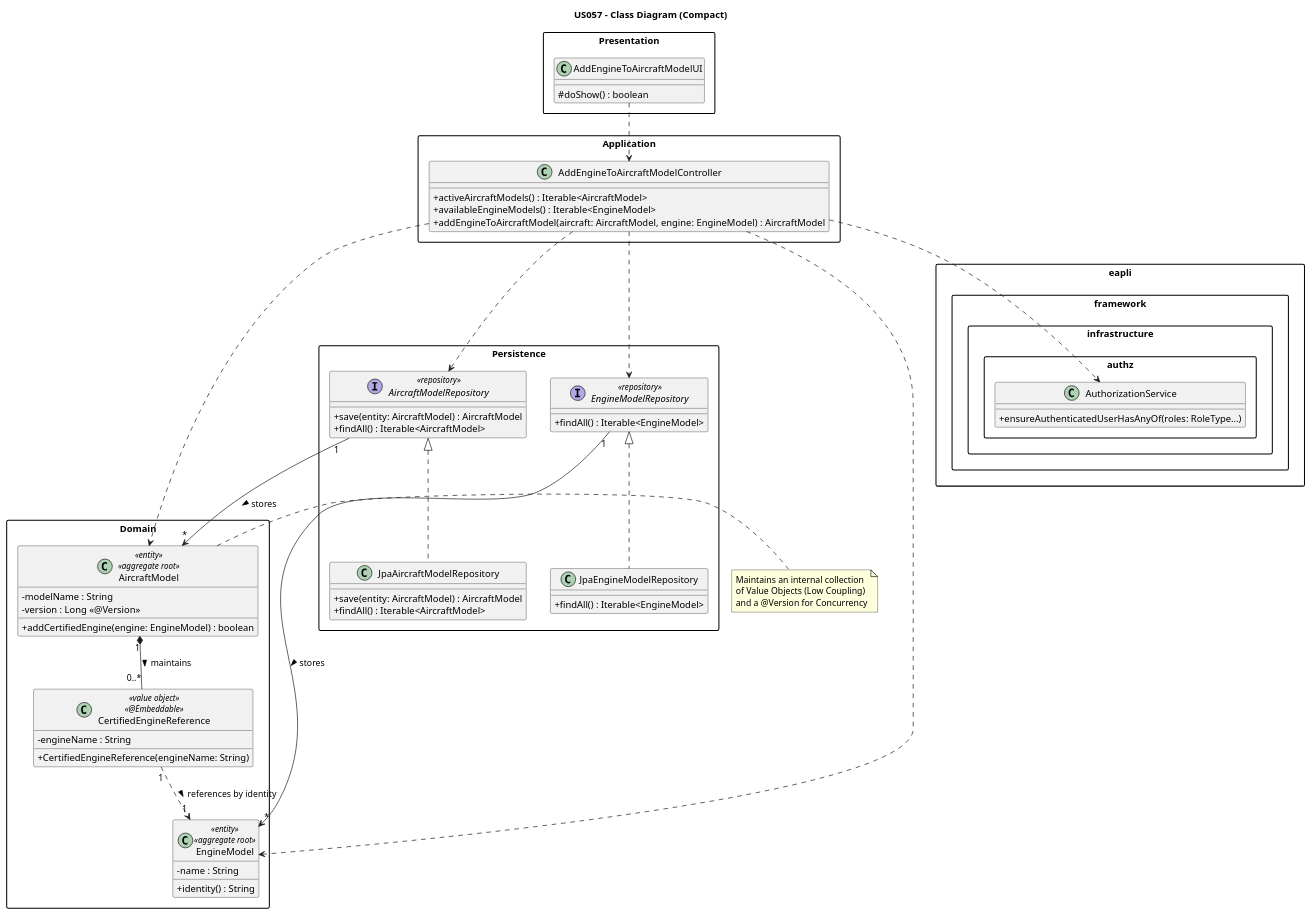
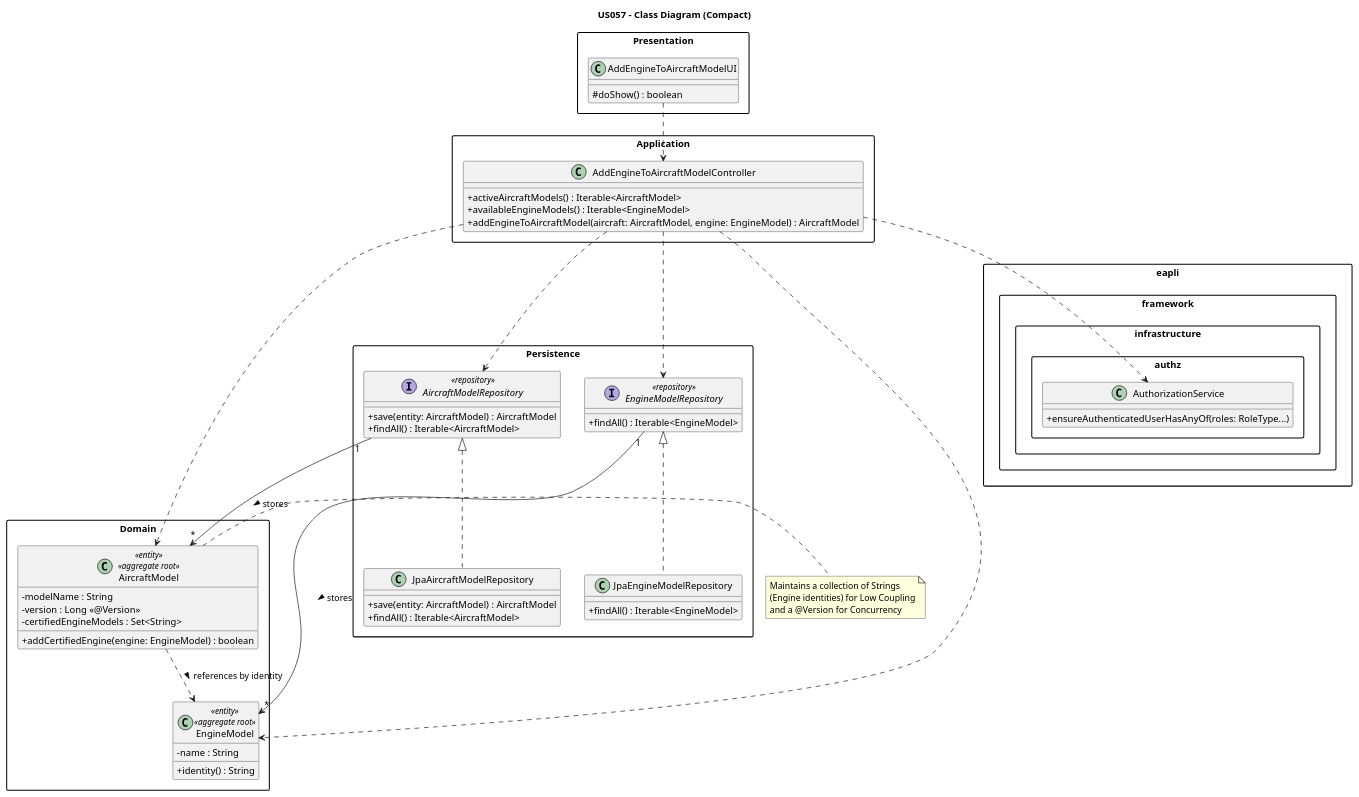
One commit to brunodspinto/aisafe changed the diagram in aisafe.base/docs/user-stories/us057/puml/US057-class-diagram.puml. Above: the diagram before and after it, drawn with PlantUML. The commit also changed 4 other files, not shown here.

Commit message:
#28 Refine US057 class diagrams and update README for engine validation logic

```diff
--- a/aisafe.base/docs/user-stories/us057/puml/US057-class-diagram.puml
+++ b/aisafe.base/docs/user-stories/us057/puml/US057-class-diagram.puml
@@ -1,85 +1,79 @@
 @startuml
 skinparam classAttributeIconSize 0
 skinparam shadowing false
 skinparam packageStyle rectangle
 
 title US057 - Class Diagram (Compact)
 
 package "Presentation" {
     class AddEngineToAircraftModelUI {
         # doShow() : boolean
     }
 }
 
 package "Application" {
     class AddEngineToAircraftModelController {
         + activeAircraftModels() : Iterable<AircraftModel>
         + availableEngineModels() : Iterable<EngineModel>
         + addEngineToAircraftModel(aircraft: AircraftModel, engine: EngineModel) : AircraftModel
     }
 }
 
 package "Domain" {
     class AircraftModel <<entity>> <<aggregate root>> {
         - modelName : String
         - version : Long <<@Version>>
+        - certifiedEngineModels : Set<String>
         + addCertifiedEngine(engine: EngineModel) : boolean
-    }
-
-    class CertifiedEngineReference <<value object>> <<@Embeddable>> {
-        - engineName : String
-        + CertifiedEngineReference(engineName: String)
     }
 
     class EngineModel <<entity>> <<aggregate root>> {
         - name : String
         + identity() : String
     }
 }
 
 package "eapli.framework.infrastructure.authz" {
     class AuthorizationService {
         + ensureAuthenticatedUserHasAnyOf(roles: RoleType...)
     }
 }
 
 package "Persistence" {
     interface AircraftModelRepository <<repository>> {
         + save(entity: AircraftModel) : AircraftModel
         + findAll() : Iterable<AircraftModel>
     }
 
     interface EngineModelRepository <<repository>> {
         + findAll() : Iterable<EngineModel>
     }
 
     class JpaAircraftModelRepository {
         + save(entity: AircraftModel) : AircraftModel
         + findAll() : Iterable<AircraftModel>
     }
 
     class JpaEngineModelRepository {
         + findAll() : Iterable<EngineModel>
     }
 }
 
-
 AddEngineToAircraftModelUI .down.> AddEngineToAircraftModelController
 AddEngineToAircraftModelController .down.> AuthorizationService
 AddEngineToAircraftModelController .down.> AircraftModel
 AddEngineToAircraftModelController .down.> EngineModel
 AddEngineToAircraftModelController .down.> AircraftModelRepository
 AddEngineToAircraftModelController .down.> EngineModelRepository
 
-note right of AircraftModel: Maintains an internal collection\nof Value Objects (Low Coupling)\nand a @Version for Concurrency
-AircraftModel "1" *-- "0..*" CertifiedEngineReference : "maintains >"
-CertifiedEngineReference "1" ..> "1" EngineModel : "references by identity >"
+note right of AircraftModel: Maintains a collection of Strings\n(Engine identities) for Low Coupling\nand a @Version for Concurrency
+AircraftModel ..> EngineModel : "references by identity >"
 
 
 AircraftModelRepository "1" --> "*" AircraftModel : "stores >"
 EngineModelRepository "1" --> "*" EngineModel : "stores >"
 
 JpaAircraftModelRepository .up.|> AircraftModelRepository
 JpaEngineModelRepository .up.|> EngineModelRepository
 
 @enduml
```
